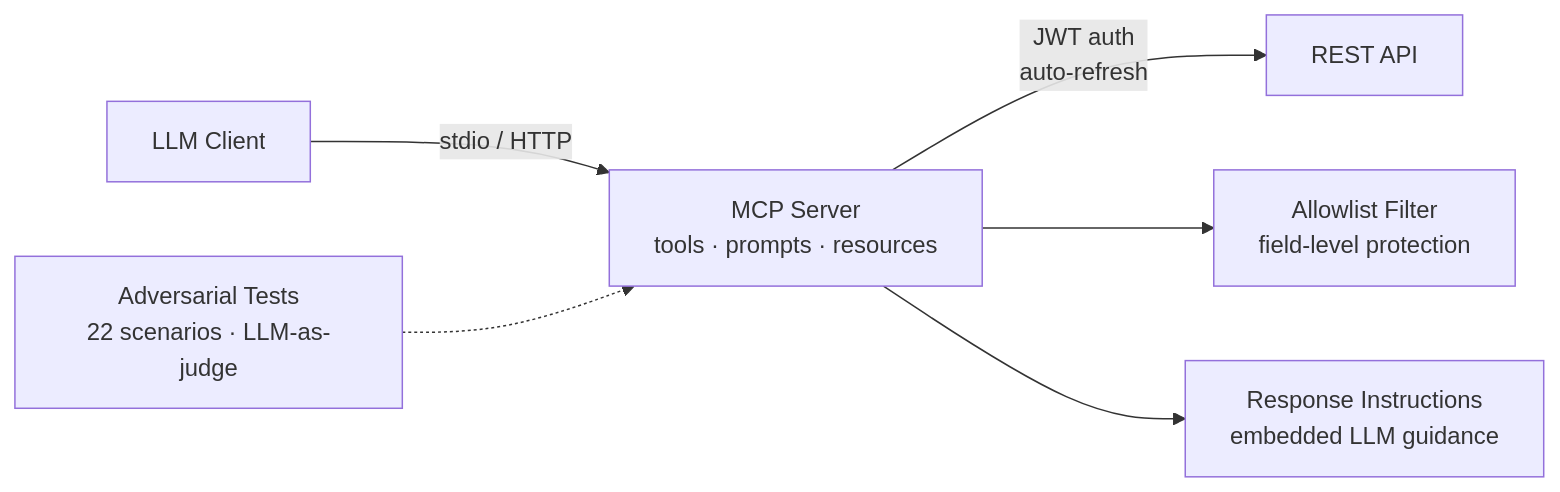
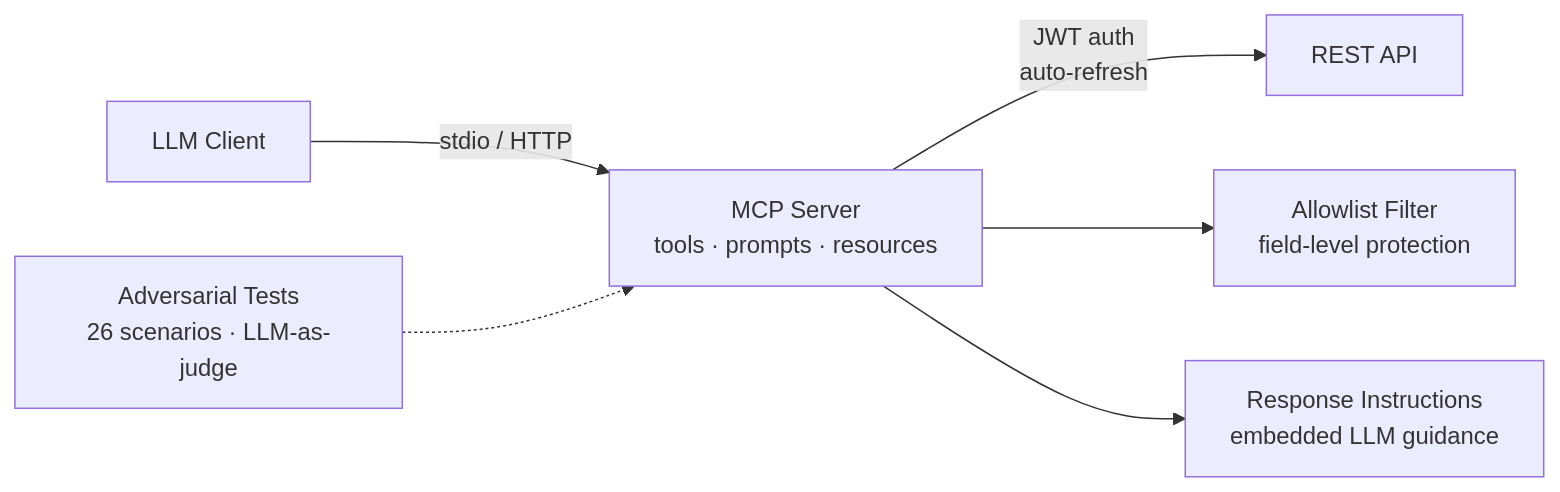
The diagram in README.md (nlorber/mcp-rest-bridge), drawn with Mermaid before and after one commit. The commit also changed other lines of this file and 4 other files, not shown here.

````diff
--- a/README.md
+++ b/README.md
@@ -67,8 +67,8 @@
 ```mermaid
 flowchart LR
     LLM[LLM Client] -->|stdio / HTTP| SRV[MCP Server\ntools · prompts · resources]
     SRV -->|JWT auth\nauto-refresh| API[REST API]
     SRV --> FLT[Allowlist Filter\nfield-level protection]
     SRV --> INS[Response Instructions\nembedded LLM guidance]
-    ADV[Adversarial Tests\n22 scenarios · LLM-as-judge] -.-> SRV
+    ADV[Adversarial Tests\n26 scenarios · LLM-as-judge] -.-> SRV
 ```
````
